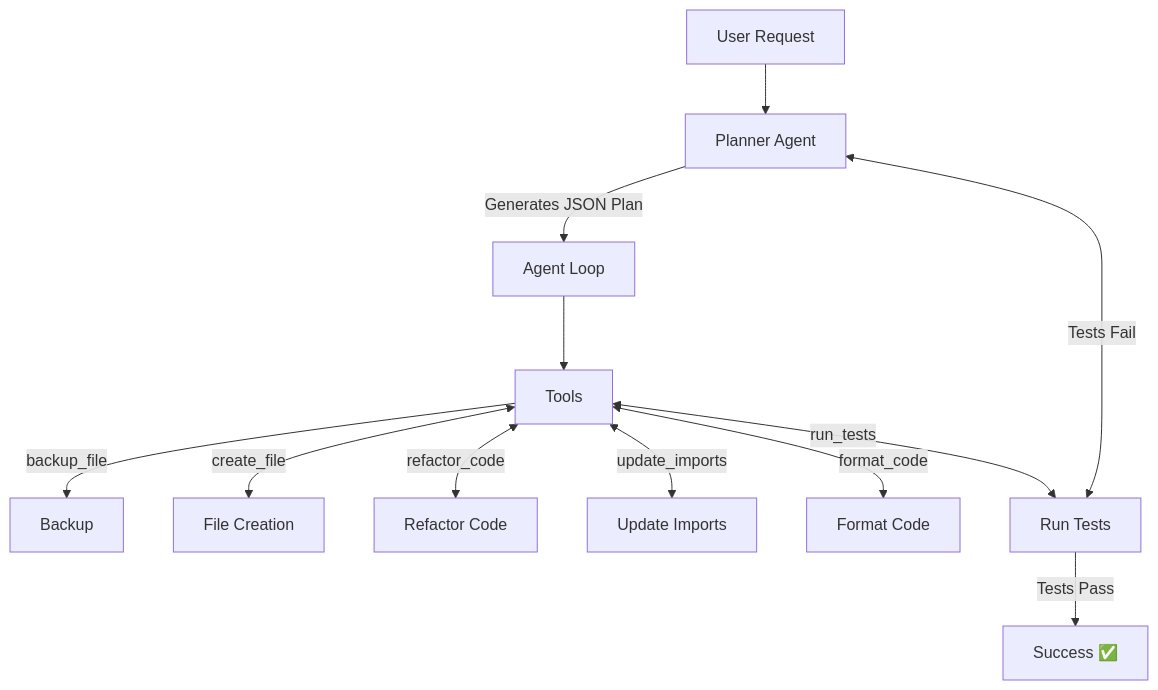
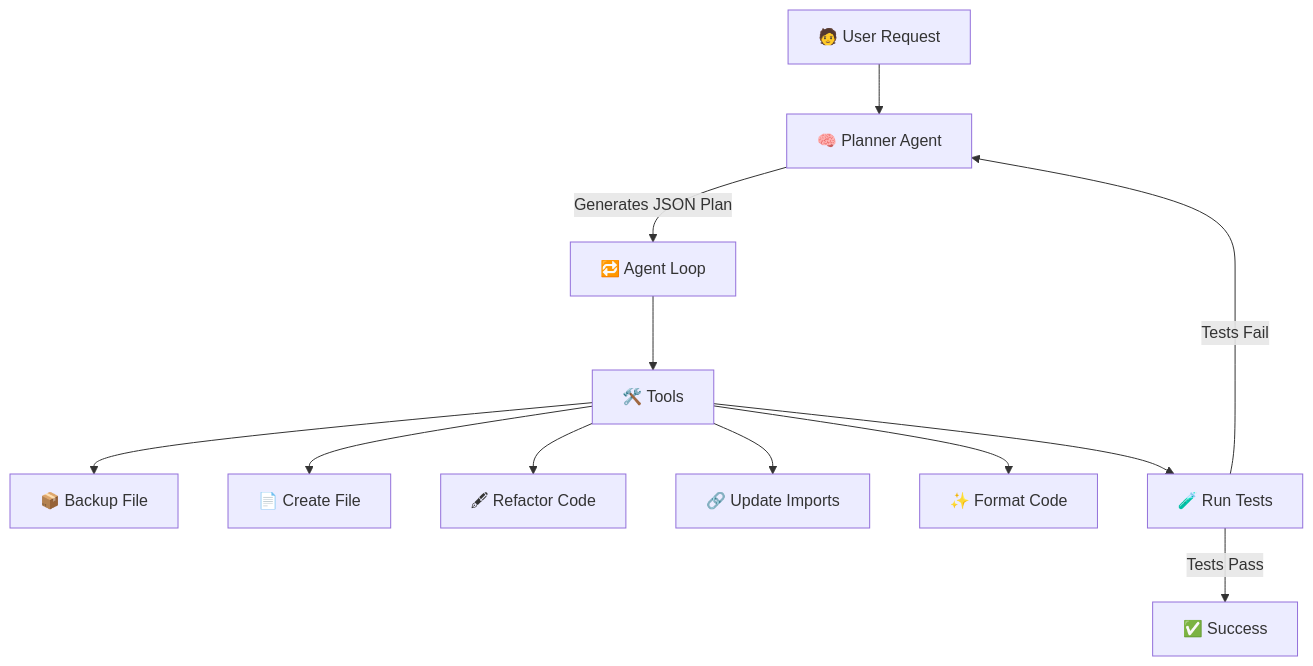
Before and after one commit to Perpetue237/agentsculptor: the diagram in README.md, drawn with Mermaid.

Commit message:
docs(flow-chart): left to right

````diff
--- a/README.md
+++ b/README.md
@@ -301,14 +301,19 @@
 ``` mermaid
 flowchart TD
-    A[User Request] --> B[Planner Agent]
-    B -->|Generates JSON Plan| C[Agent Loop]
-    C --> D[Tools]
-    D -->|backup_file| D1[Backup]
-    D <-->|create_file| D2[File Creation]
-    D <-->|refactor_code| D3[Refactor Code]
-    D <-->|update_imports| D4[Update Imports]
-    D <-->|format_code| D5[Format Code]
-    D <-->|run_tests| D6[Run Tests]
-    D6 <-->|Tests Fail| B
-    D6 -->|Tests Pass| E[Success ✅]
+    A[🧑 User Request]
+    B[🧠 Planner Agent]
+    C[🔁 Agent Loop]
+    D[🛠️ Tools]
+    E[✅ Success]
+
+    A --> B -->|Generates JSON Plan| C --> D
+    D --> D1[📦 Backup File]
+    D --> D2[📄 Create File]
+    D --> D3[🖋 Refactor Code]
+    D --> D4[🔗 Update Imports]
+    D --> D5[✨ Format Code]
+    D --> D6[🧪 Run Tests]
+
+    D6 -->|Tests Pass| E
+    D6 -->|Tests Fail| B
 ```
````
